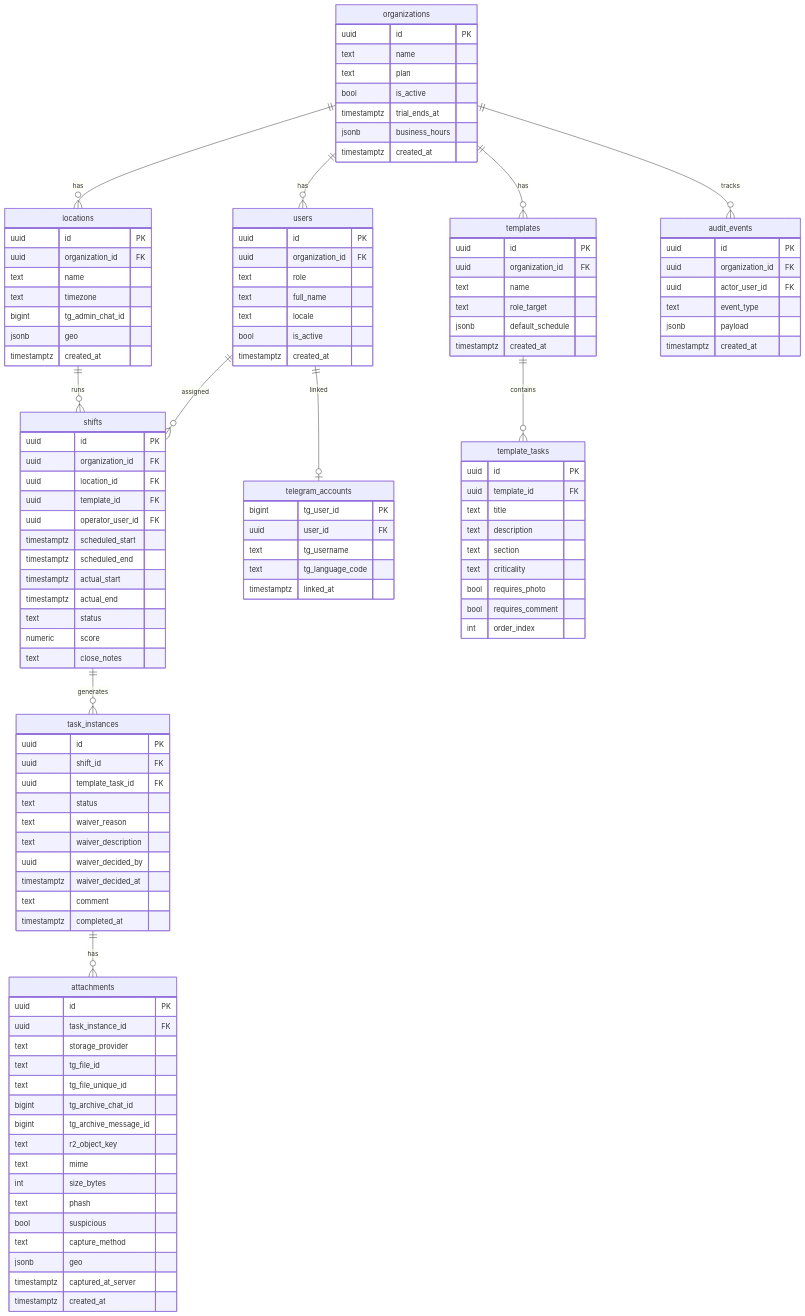
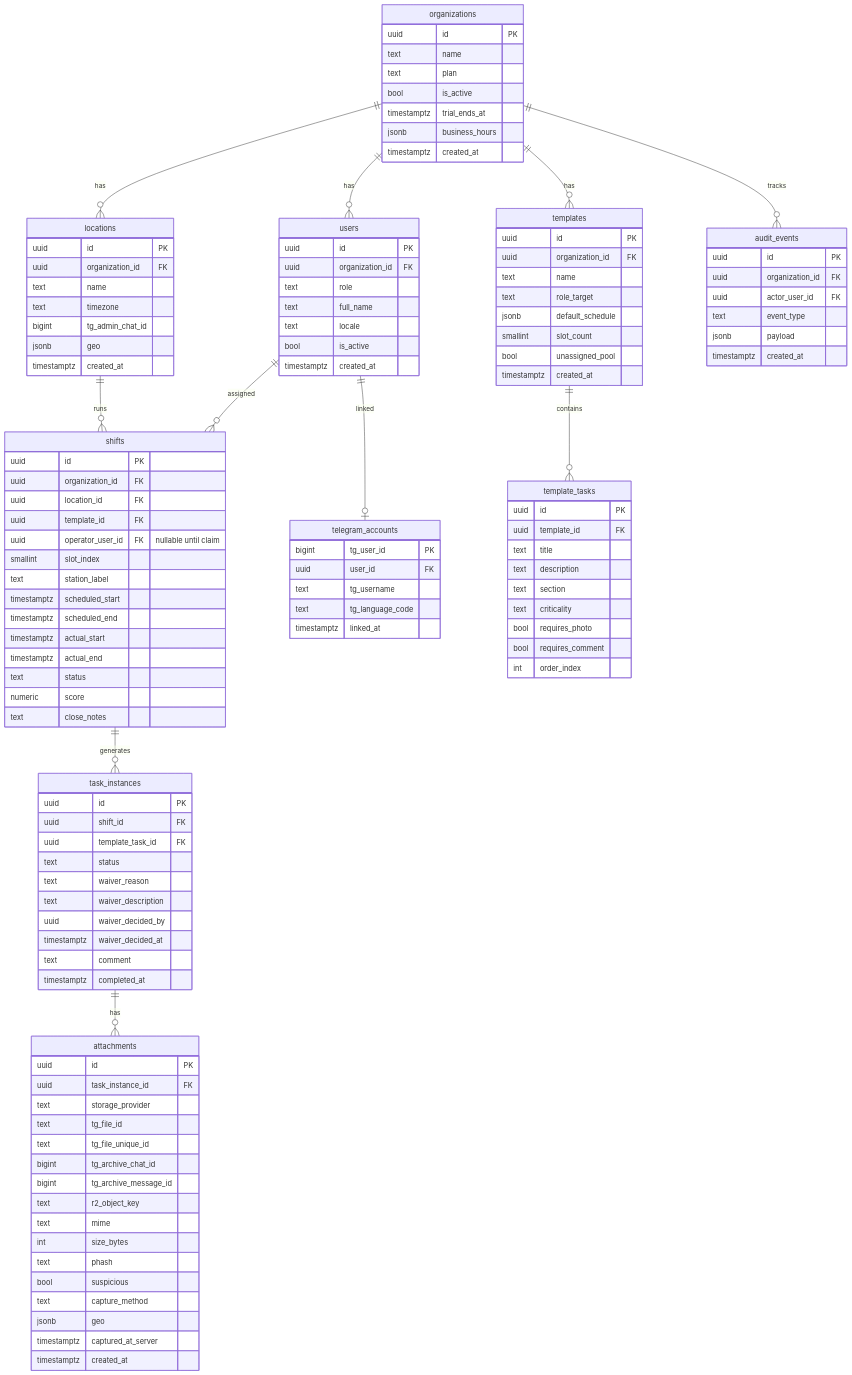
One commit to Temirlan200270/ShiftOps changed the diagram in docs/DATABASE_SCHEMA.md. Above: the diagram before and after it, drawn with Mermaid. The commit also changed other lines of this file and 32 other files, not shown here.

```diff
--- a/docs/DATABASE_SCHEMA.md
+++ b/docs/DATABASE_SCHEMA.md
@@ -57,6 +57,8 @@
         text name
         text role_target
         jsonb default_schedule
+        smallint slot_count
+        bool unassigned_pool
         timestamptz created_at
     }
     template_tasks {
@@ -75,7 +77,9 @@
         uuid organization_id FK
         uuid location_id FK
         uuid template_id FK
-        uuid operator_user_id FK
+        uuid operator_user_id FK "nullable until claim"
+        smallint slot_index
+        text station_label
         timestamptz scheduled_start
         timestamptz scheduled_end
         timestamptz actual_start
```
